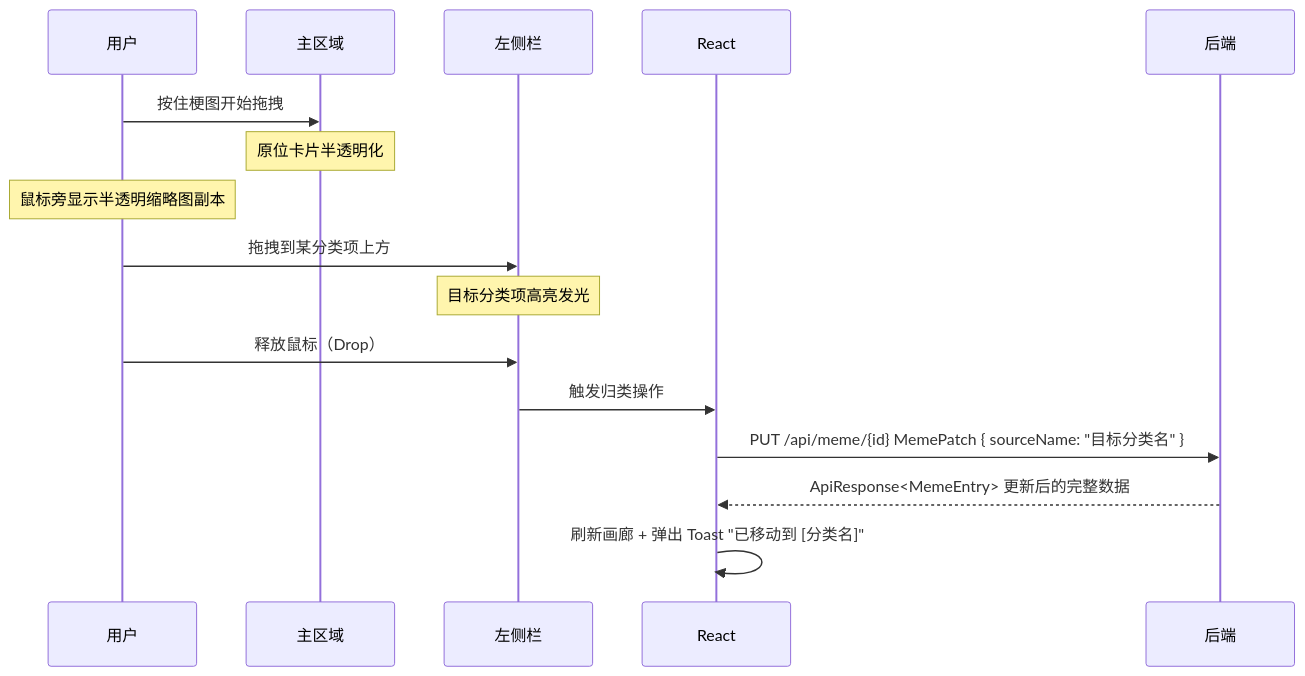
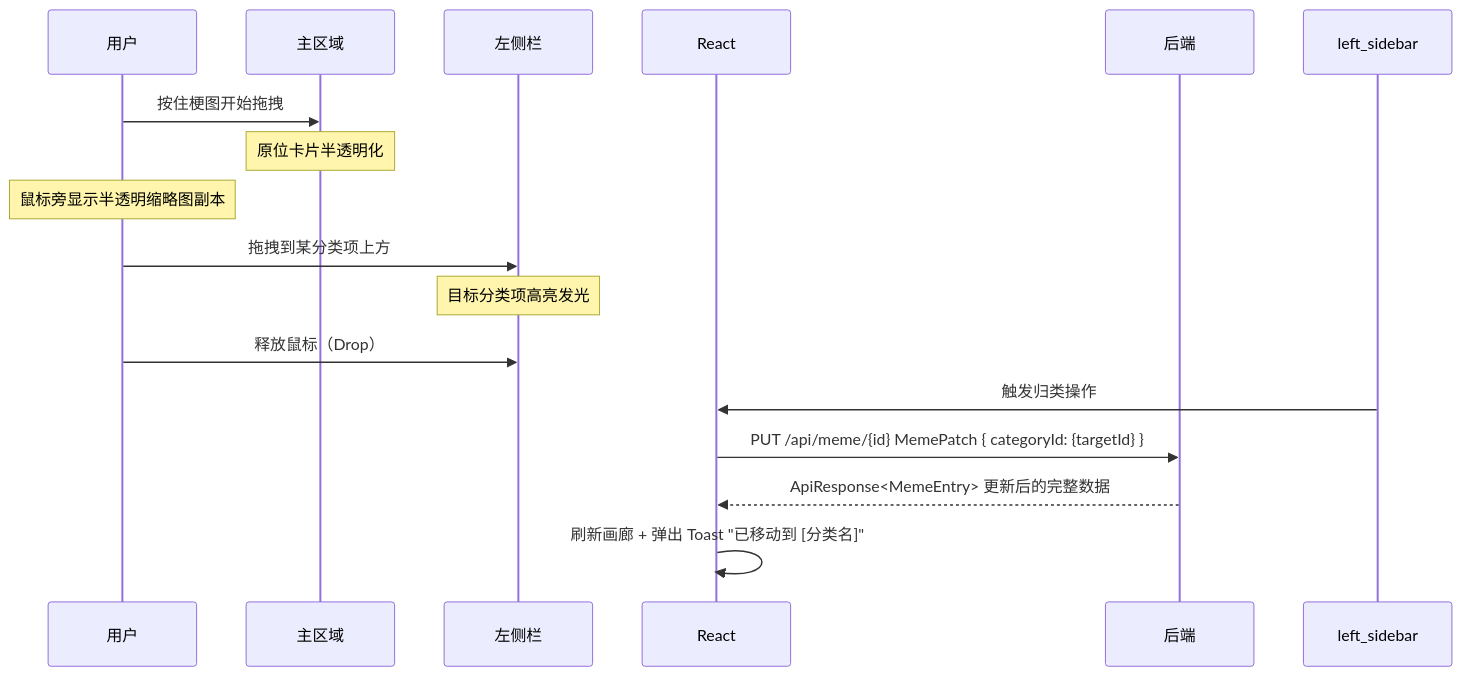
Before and after one commit to MintITes/QuickMemes: the ninth of 14 diagrams in docs/UI/interactions.md, drawn with Mermaid. The commit also changed other lines of this file and 10 other files, not shown here.

````diff
--- a/docs/UI/interactions.md
+++ b/docs/UI/interactions.md
@@ -203,19 +213,19 @@
 ```mermaid
 sequenceDiagram
     participant 用户
     participant 主区域
     participant 左侧栏
     participant React
     participant 后端
 
     用户->>主区域: 按住梗图开始拖拽
     Note over 主区域: 原位卡片半透明化
     Note over 用户: 鼠标旁显示半透明缩略图副本
     用户->>左侧栏: 拖拽到某分类项上方
     Note over 左侧栏: 目标分类项高亮发光
     用户->>左侧栏: 释放鼠标（Drop）
-    左侧栏->>React: 触发归类操作
-    React->>后端: PUT /api/meme/{id} MemePatch { sourceName: "目标分类名" }
+    left_sidebar->>React: 触发归类操作
+    React->>后端: PUT /api/meme/{id} MemePatch { categoryId: {targetId} }
     后端-->>React: ApiResponse<MemeEntry> 更新后的完整数据
     React->>React: 刷新画廊 + 弹出 Toast "已移动到 [分类名]"
 ```
````
